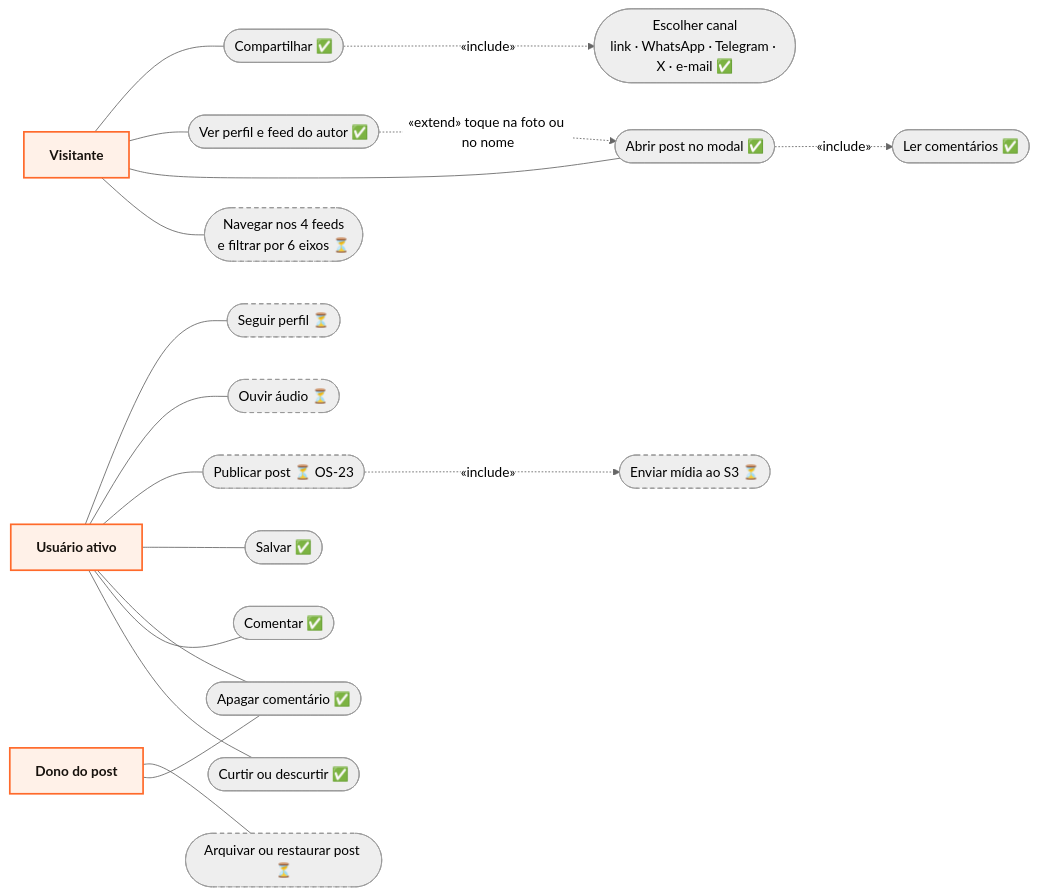
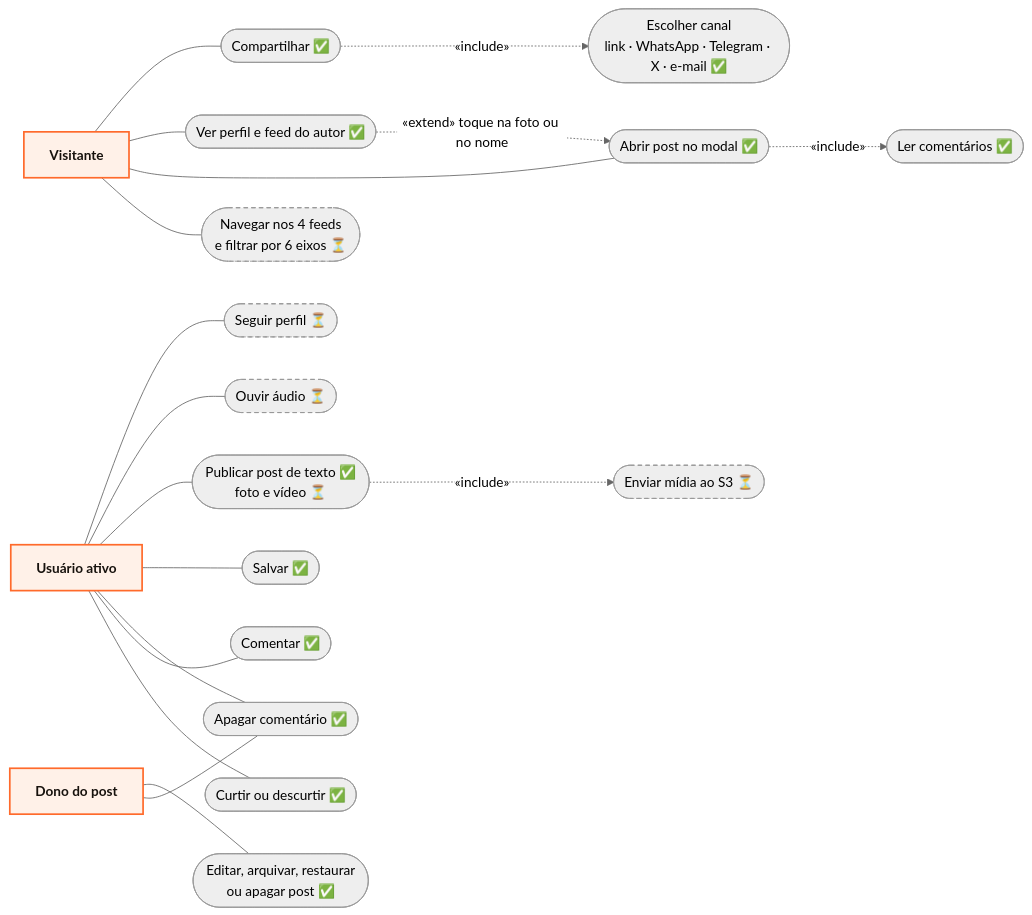
Before and after one commit to MatheusHaliski/orange_social_velion: the fifth of 7 diagrams in docs/DIAGRAMA_CASOS_DE_USO.md, drawn with Mermaid (neutral theme). The commit also changed other lines of this file and 36 other files, not shown here.

````diff
--- a/docs/DIAGRAMA_CASOS_DE_USO.md
+++ b/docs/DIAGRAMA_CASOS_DE_USO.md
@@ -198,33 +198,33 @@
 ```mermaid
 flowchart LR
     VIS["Visitante"]:::actor
     USR["Usuário ativo"]:::actor
     DONO["Dono do post"]:::actor
 
     FEED(["Navegar nos 4 feeds<br/>e filtrar por 6 eixos ⏳"]):::planned
     ABRIR(["Abrir post no modal ✅"])
     AUTOR(["Ver perfil e feed do autor ✅"])
     COMP(["Compartilhar ✅"])
     CURT(["Curtir ou descurtir ✅"])
     COM(["Comentar ✅"])
     APC(["Apagar comentário ✅"])
     SALV(["Salvar ✅"])
-    PUB(["Publicar post ⏳ OS-23"]):::planned
+    PUB(["Publicar post de texto ✅<br/>foto e vídeo ⏳"])
     OUV(["Ouvir áudio ⏳"]):::planned
     SEG(["Seguir perfil ⏳"]):::planned
-    ARQ(["Arquivar ou restaurar post ⏳"]):::planned
+    ARQ(["Editar, arquivar, restaurar<br/>ou apagar post ✅"])
     LER(["Ler comentários ✅"])
     CANAL(["Escolher canal<br/>link · WhatsApp · Telegram · X · e-mail ✅"])
     MID(["Enviar mídia ao S3 ⏳"]):::planned
 
     VIS --- FEED & ABRIR & AUTOR & COMP
     USR --- CURT & COM & APC & SALV & PUB & OUV & SEG
     DONO --- APC & ARQ
     ABRIR -. «include» .-> LER
     AUTOR -. «extend» toque na foto ou no nome .-> ABRIR
     COMP -. «include» .-> CANAL
     PUB -. «include» .-> MID
 
     classDef actor fill:#FFF1E8,stroke:#FF6A2B,stroke-width:2px,color:#17120D,font-weight:bold
     classDef planned stroke-dasharray:5 4
 ```
````
